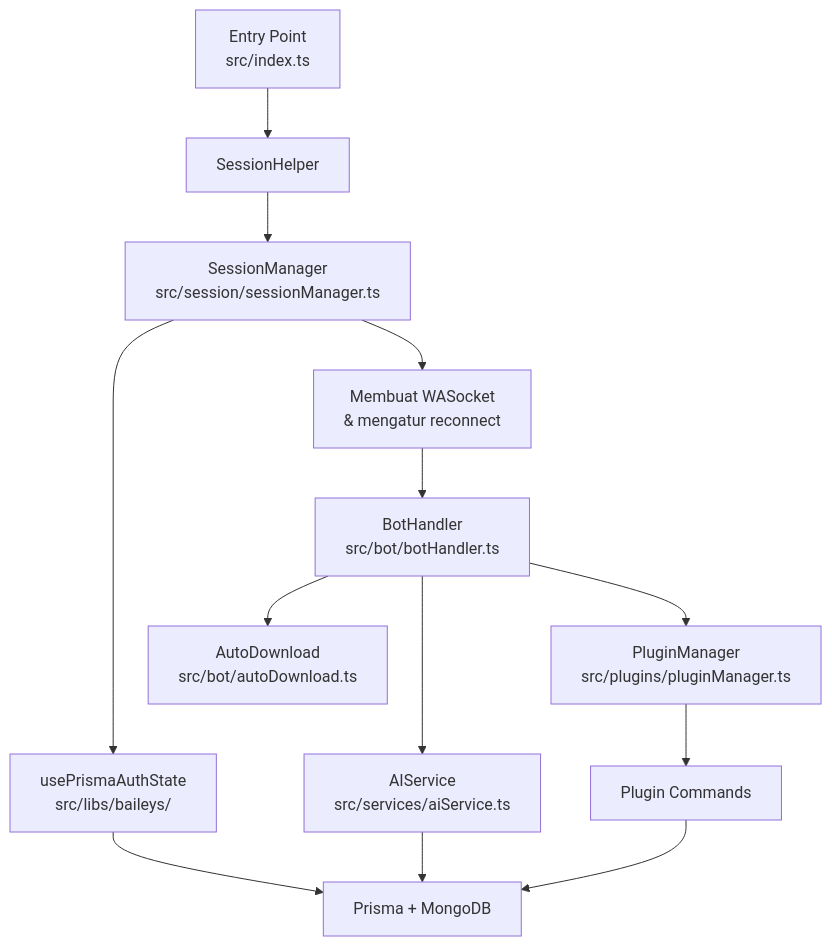
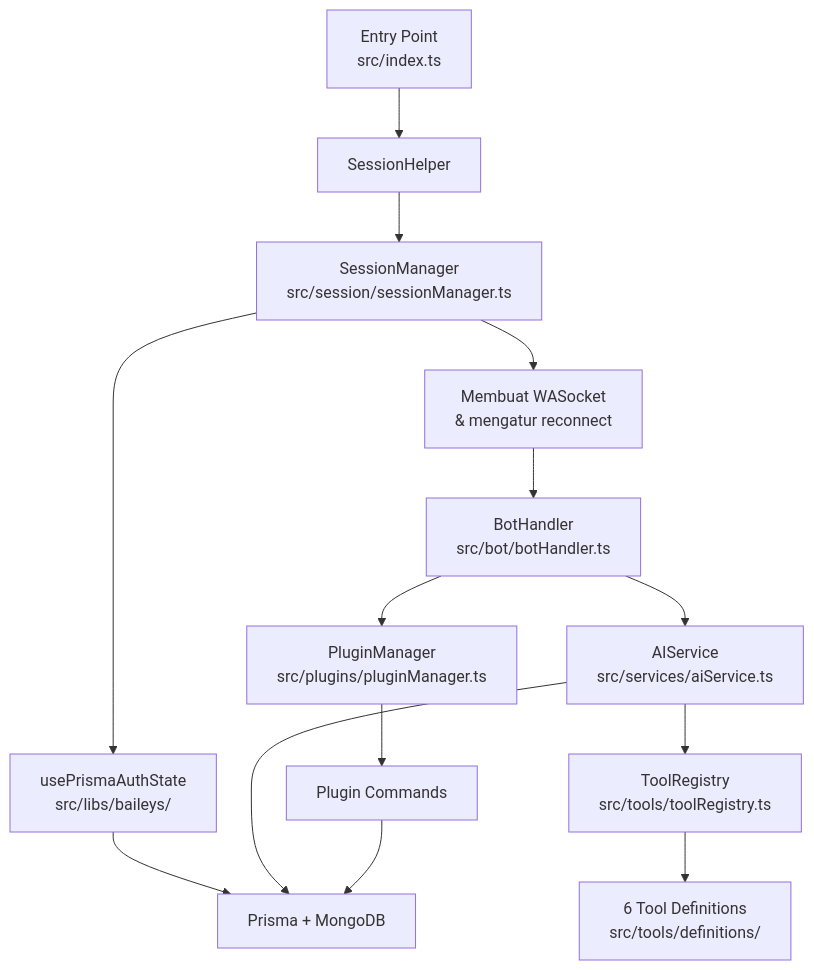
Before and after one commit to Maxorleans55/multi-bot: the first of 11 diagrams in plans/architecture-documentation.md, drawn with Mermaid. The commit also changed other lines of this file and 14 other files, not shown here.

````diff
--- a/plans/architecture-documentation.md
+++ b/plans/architecture-documentation.md
@@ -47,15 +50,16 @@
 ```mermaid
 flowchart TD
     A[Entry Point<br/>src/index.ts] --> B[SessionHelper]
     B --> C[SessionManager<br/>src/session/sessionManager.ts]
     C --> D[Membuat WASocket<br/>& mengatur reconnect]
     D --> E[BotHandler<br/>src/bot/botHandler.ts]
     E --> F[PluginManager<br/>src/plugins/pluginManager.ts]
     F --> G[Plugin Commands]
     E --> H[AIService<br/>src/services/aiService.ts]
-    E --> I[AutoDownload<br/>src/bot/autoDownload.ts]
-    C --> J[usePrismaAuthState<br/>src/libs/baileys/]
-    J --> K[Prisma + MongoDB]
-    H --> K
-    G --> K
+    H --> I[ToolRegistry<br/>src/tools/toolRegistry.ts]
+    I --> J[6 Tool Definitions<br/>src/tools/definitions/]
+    C --> K[usePrismaAuthState<br/>src/libs/baileys/]
+    K --> L[Prisma + MongoDB]
+    H --> L
+    G --> L
 ```
````
